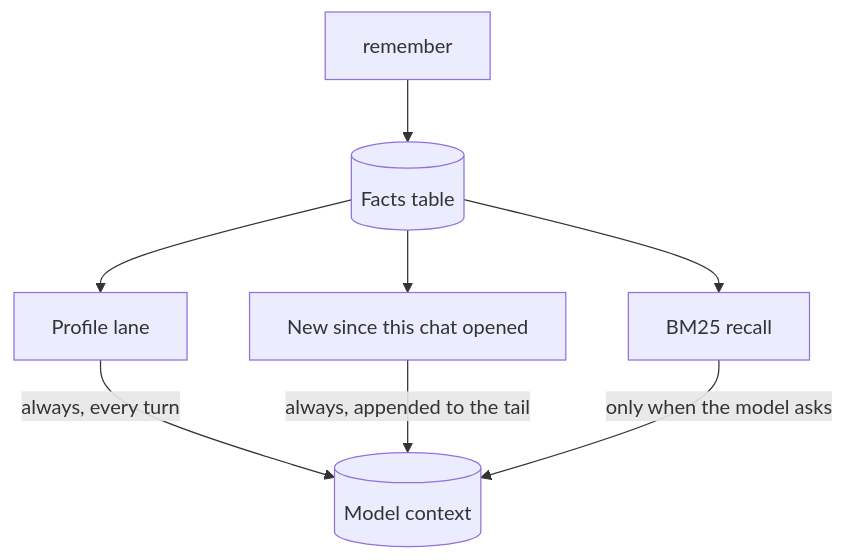
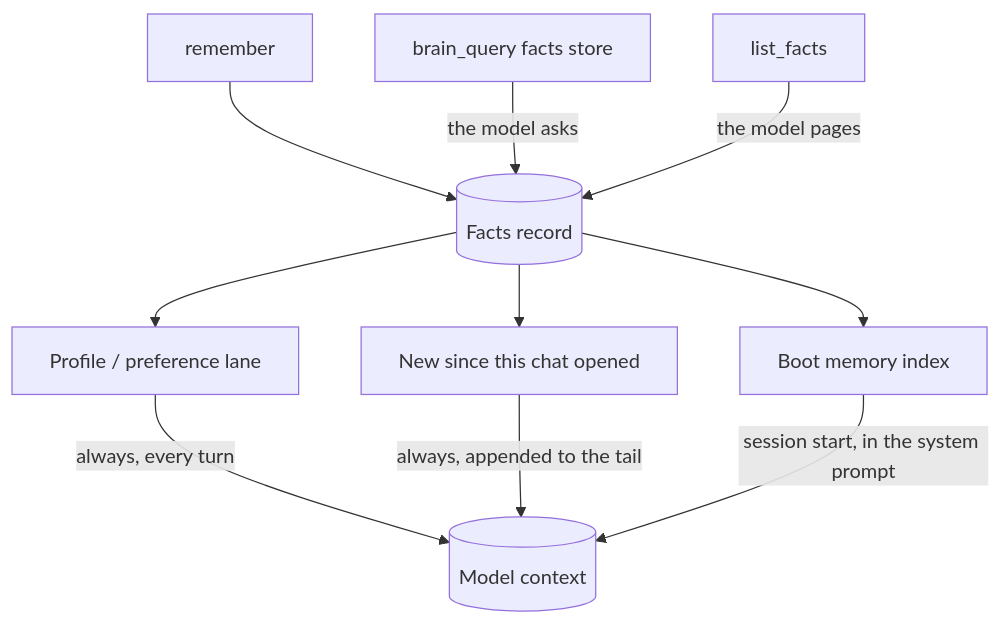
Before and after one commit to KILLER3UG/augustHarness: the diagram in docs/state/memory-lanes.md, drawn with Mermaid. The commit also changed other lines of this file and 38 other files, not shown here.

````diff
--- a/docs/state/memory-lanes.md
+++ b/docs/state/memory-lanes.md
@@ -23,11 +23,13 @@
 ```mermaid
 flowchart TD
-  Profile[Profile lane] -->|always, every turn| Prompt
+  Profile[Profile / preference lane] -->|always, every turn| Prompt
   Delta[New since this chat opened] -->|always, appended to the tail| Prompt
-  Recall[BM25 recall] -->|only when the model asks| Prompt
+  Index[Boot memory index] -->|session start, in the system prompt| Prompt
   Prompt[(Model context)]
-  Write[remember] --> Store[(Facts table)]
+  Write[remember] --> Store[(Facts record)]
   Store --> Profile
   Store --> Delta
-  Store --> Recall
+  Store --> Index
+  Search[brain_query facts store] -->|the model asks| Store
+  List[list_facts] -->|the model pages| Store
 ```
````
